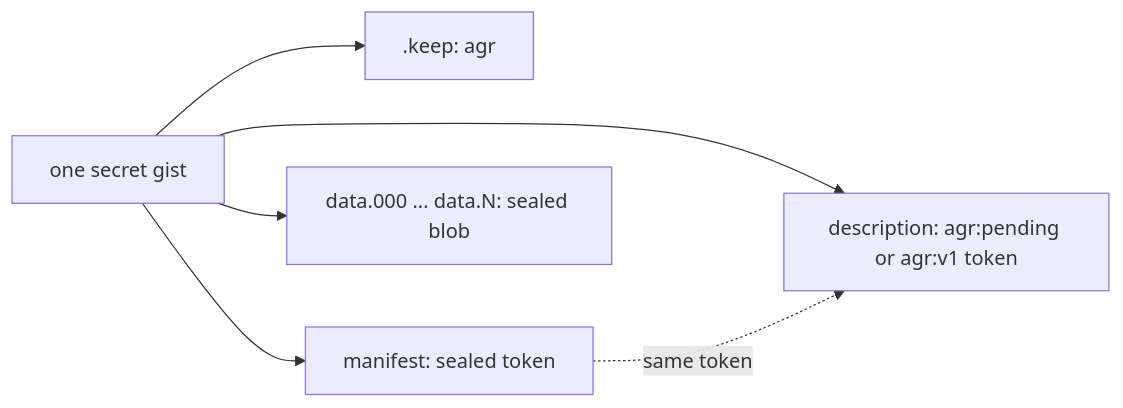
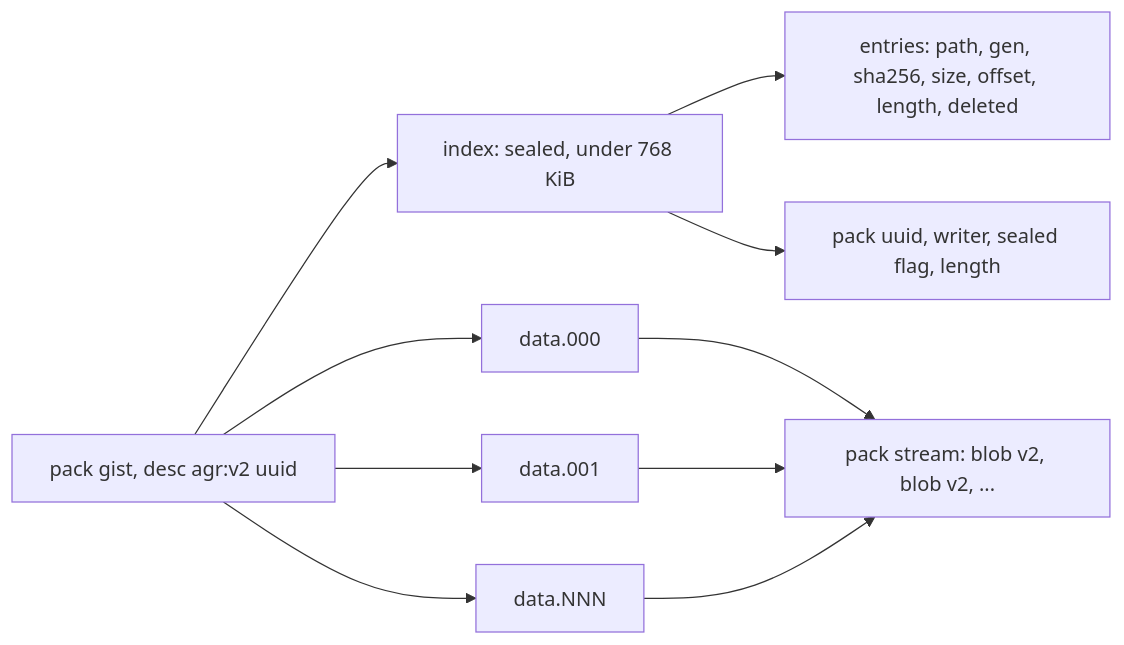
One commit to thiscantbeserious/agent-session-recorder changed the second of 7 diagrams in docs/architecture/sync.md. Above: the diagram before and after it, drawn with Mermaid. The commit also changed other lines of this file and 6 other files, not shown here.

First line of the commit message:
docs(docs): sync architecture, user page, command wiki with intro, configuration, COMMANDS, man pages and README for packs

````diff
--- a/docs/architecture/sync.md
+++ b/docs/architecture/sync.md
@@ -67,8 +64,12 @@
 ```mermaid
 flowchart LR
-    gist[one secret gist] --> desc[description: agr:pending or agr:v1 token]
-    gist --> keep[.keep: agr]
-    gist --> manifest[manifest: sealed token]
-    gist --> parts[data.000 ... data.N: sealed blob]
-    manifest -. same token .-> desc
+    gist[pack gist, desc agr:v2 uuid] --> idx[index: sealed, under 768 KiB]
+    gist --> d0[data.000]
+    gist --> d1[data.001]
+    gist --> dn[data.NNN]
+    d0 --> stream[pack stream: blob v2, blob v2, ...]
+    d1 --> stream
+    dn --> stream
+    idx --> entries[entries: path, gen, sha256, size, offset, length, deleted]
+    idx --> meta[pack uuid, writer, sealed flag, length]
 ```
````
